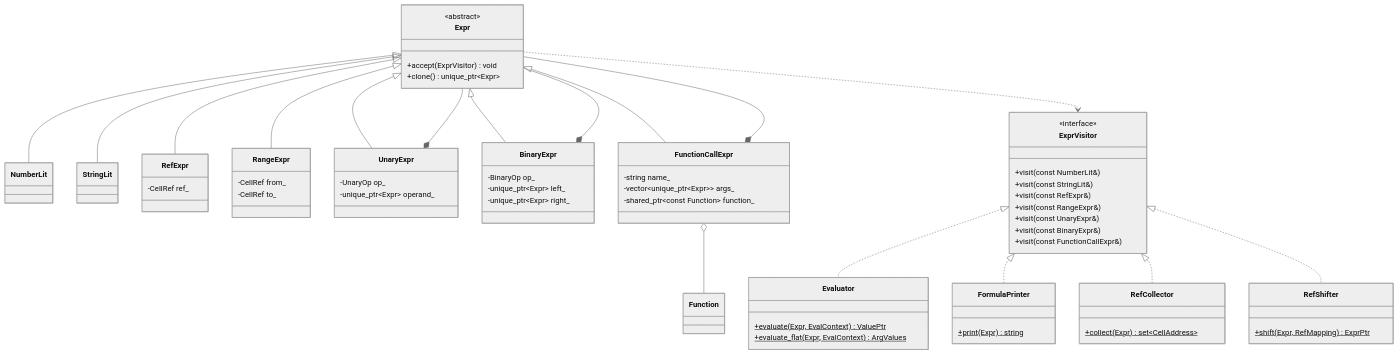
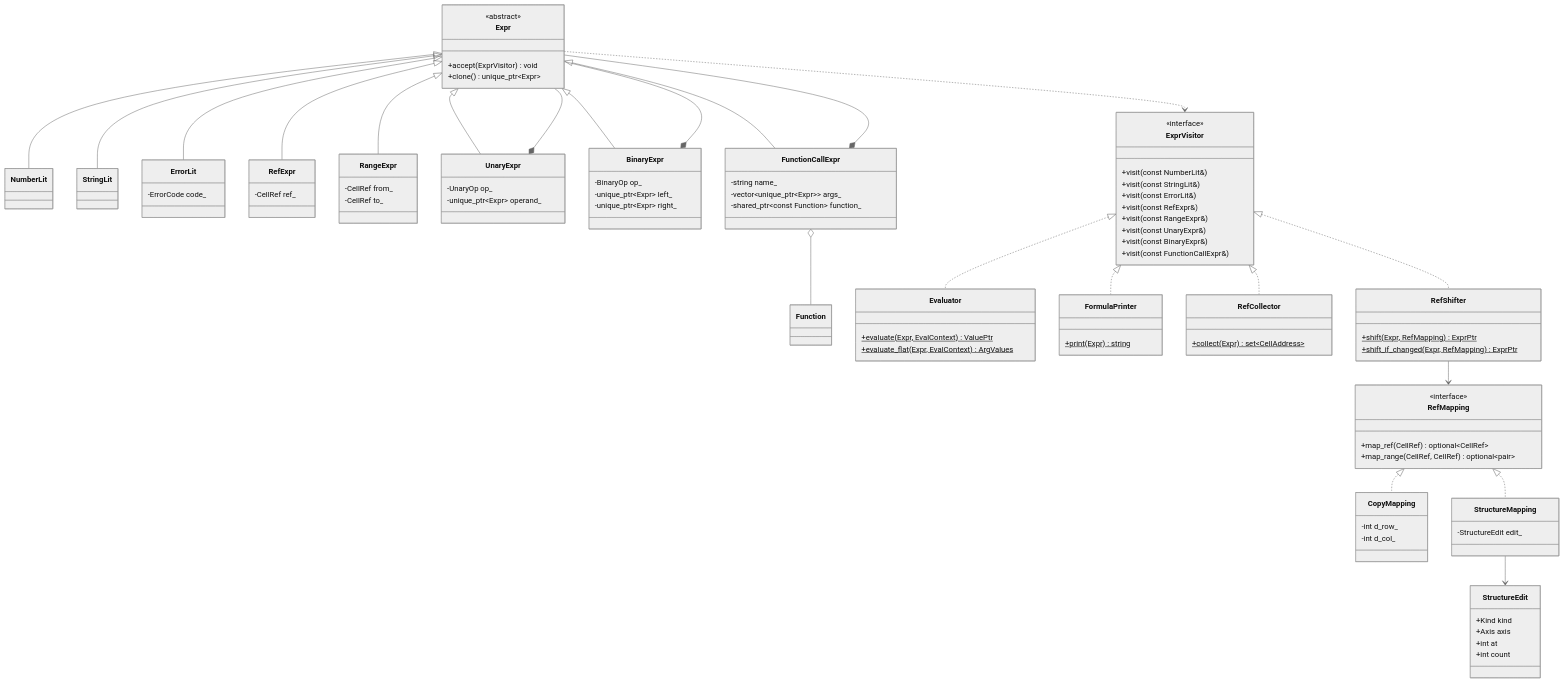
Before and after one commit to mtvxlqq/spreadsheet_software_nsu: the second of 7 diagrams in DESIGN.md, drawn with Mermaid (neutral theme). The commit also changed other lines of this file and 4 other files, not shown here.

````diff
--- a/DESIGN.md
+++ b/DESIGN.md
@@ -100,6 +112,9 @@
     }
     class NumberLit
     class StringLit
+    class ErrorLit {
+        -ErrorCode code_
+    }
     class RefExpr {
         -CellRef ref_
     }
@@ -123,6 +138,7 @@
     }
     Expr <|-- NumberLit
     Expr <|-- StringLit
+    Expr <|-- ErrorLit
     Expr <|-- RefExpr
     Expr <|-- RangeExpr
     Expr <|-- UnaryExpr
@@ -137,6 +153,7 @@
         <<interface>>
         +visit(const NumberLit&)
         +visit(const StringLit&)
+        +visit(const ErrorLit&)
         +visit(const RefExpr&)
         +visit(const RangeExpr&)
         +visit(const UnaryExpr&)
@@ -155,10 +172,34 @@
     }
     class RefShifter {
         +shift(Expr, RefMapping) ExprPtr$
+        +shift_if_changed(Expr, RefMapping) ExprPtr$
     }
     ExprVisitor <|.. Evaluator
     ExprVisitor <|.. FormulaPrinter
     ExprVisitor <|.. RefCollector
     ExprVisitor <|.. RefShifter
     Expr ..> ExprVisitor
+
+    class RefMapping {
+        <<interface>>
+        +map_ref(CellRef) optional~CellRef~
+        +map_range(CellRef, CellRef) optional~pair~
+    }
+    class CopyMapping {
+        -int d_row_
+        -int d_col_
+    }
+    class StructureMapping {
+        -StructureEdit edit_
+    }
+    class StructureEdit {
+        +Kind kind
+        +Axis axis
+        +int at
+        +int count
+    }
+    RefMapping <|.. CopyMapping
+    RefMapping <|.. StructureMapping
+    StructureMapping --> StructureEdit
+    RefShifter --> RefMapping
 ```
````
